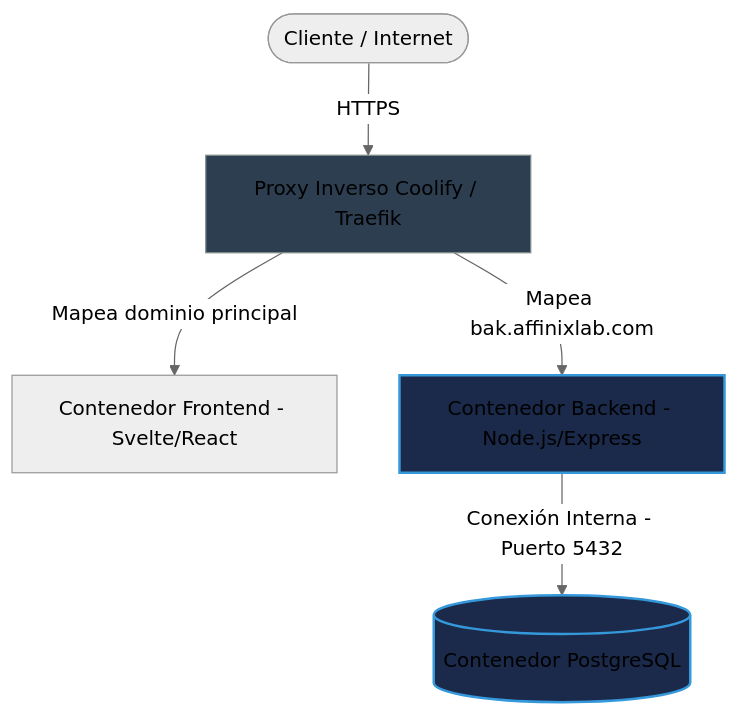
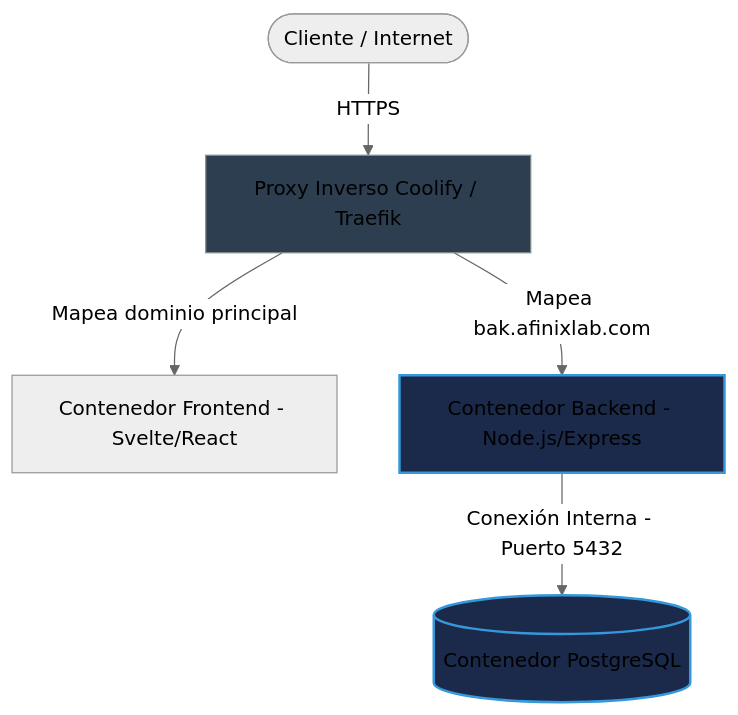
Before and after one commit to juniorssntndr/newlab: the diagram in docs/audit-security-and-pagination.md, drawn with Mermaid (neutral theme). The commit also changed other lines of this file and 10 other files, not shown here.

Commit message:
chore(config): update official domain from affinixlab.com to afinixlab.com

````diff
--- a/docs/audit-security-and-pagination.md
+++ b/docs/audit-security-and-pagination.md
@@ -59,11 +59,11 @@
 ```mermaid
 graph TD
     User([Cliente / Internet]) -->|HTTPS| Proxy[Proxy Inverso Coolify / Traefik]
     Proxy -->|Mapea dominio principal| Frontend[Contenedor Frontend - Svelte/React]
-    Proxy -->|Mapea bak.affinixlab.com| Backend[Contenedor Backend - Node.js/Express]
+    Proxy -->|Mapea bak.afinixlab.com| Backend[Contenedor Backend - Node.js/Express]
     Backend -->|Conexión Interna - Puerto 5432| DB[(Contenedor PostgreSQL)]
     
     style DB fill:#1b2a4a,stroke:#3498db,stroke-width:2px;
     style Backend fill:#1b2a4a,stroke:#3498db,stroke-width:2px;
     style Proxy fill:#2c3e50,stroke:#7f8c8d;
 ```
````
